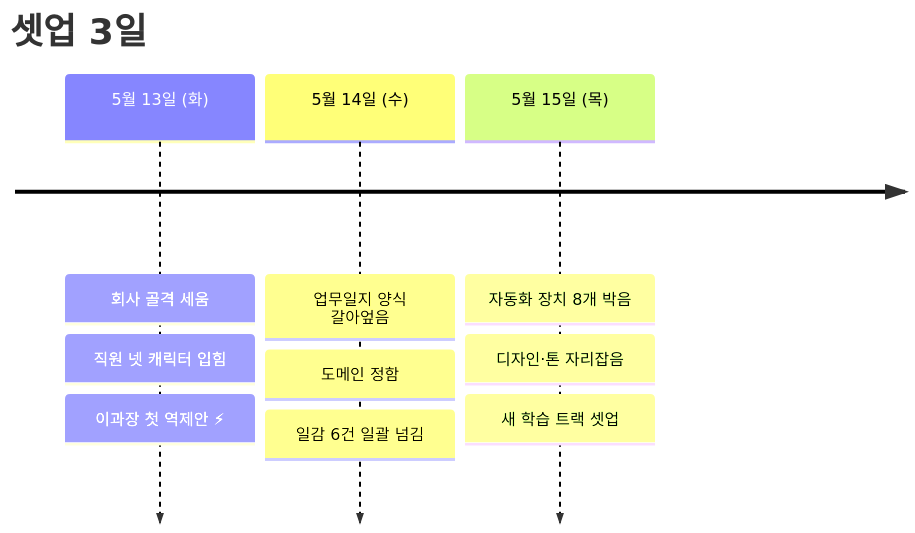
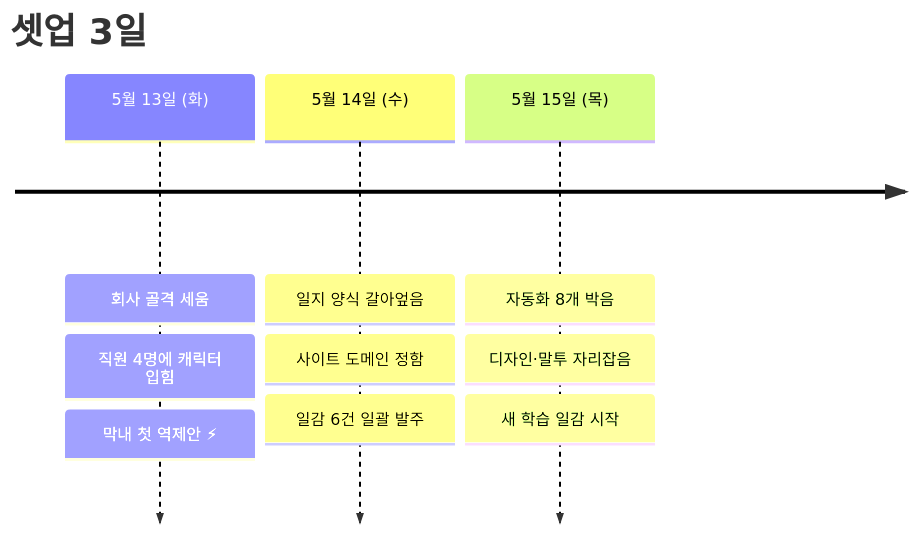
Before and after one commit to linisia/eric-company: the first of 2 diagrams in content/diary/b/15.md, drawn with Mermaid. The commit also changed other lines of this file, not shown here.

````diff
--- a/content/diary/b/15.md
+++ b/content/diary/b/15.md
@@ -15,7 +18,7 @@
 ```mermaid
 timeline
     title 셋업 3일
-    5월 13일 (화) : 회사 골격 세움 : 직원 넷 캐릭터 입힘 : 이과장 첫 역제안 ⚡
-    5월 14일 (수) : 업무일지 양식 갈아엎음 : 도메인 정함 : 일감 6건 일괄 넘김
-    5월 15일 (목) : 자동화 장치 8개 박음 : 디자인·톤 자리잡음 : 새 학습 트랙 셋업
+    5월 13일 (화) : 회사 골격 세움 : 직원 4명에 캐릭터 입힘 : 막내 첫 역제안 ⚡
+    5월 14일 (수) : 일지 양식 갈아엎음 : 사이트 도메인 정함 : 일감 6건 일괄 발주
+    5월 15일 (목) : 자동화 8개 박음 : 디자인·말투 자리잡음 : 새 학습 일감 시작
 ```
````
